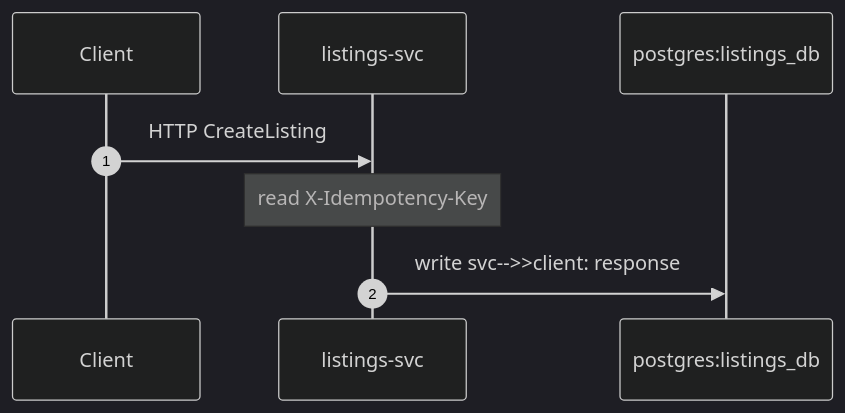
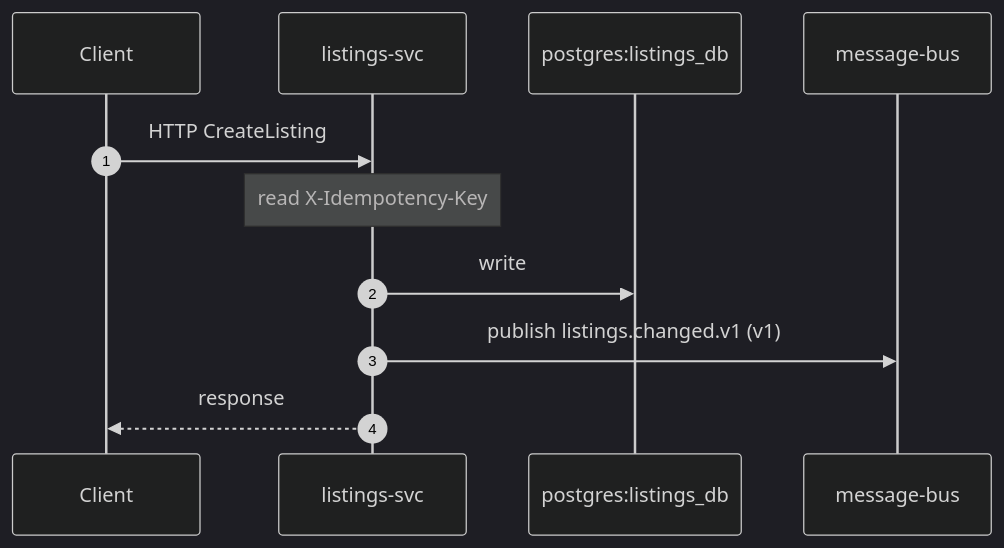
The diagram in examples/go-microservice-fixture/docs/diagrams/sequence.mmd (krus210/archspec), drawn with Mermaid (dark theme) before and after one commit. The commit also changed 8 other files, not shown here.

First line of the commit message:
fix: v0.4.1 — sequence diagram line collision + NATS publish visualisation (#10)

```diff
--- a/examples/go-microservice-fixture/docs/diagrams/sequence.mmd
+++ b/examples/go-microservice-fixture/docs/diagrams/sequence.mmd
@@ -1,9 +1,12 @@
 %% archspec sequence diagram for listings-svc
 sequenceDiagram
   autonumber
   participant client as Client
   participant svc as listings-svc
   participant listings-db as postgres:listings_db
+  participant events as message-bus
   client->>svc: HTTP CreateListing
   Note over svc: read X-Idempotency-Key
-  svc->>listings-db: write  svc-->>client: response
+  svc->>listings-db: write
+  svc->>events: publish listings.changed.v1 (v1)
+  svc-->>client: response
```
